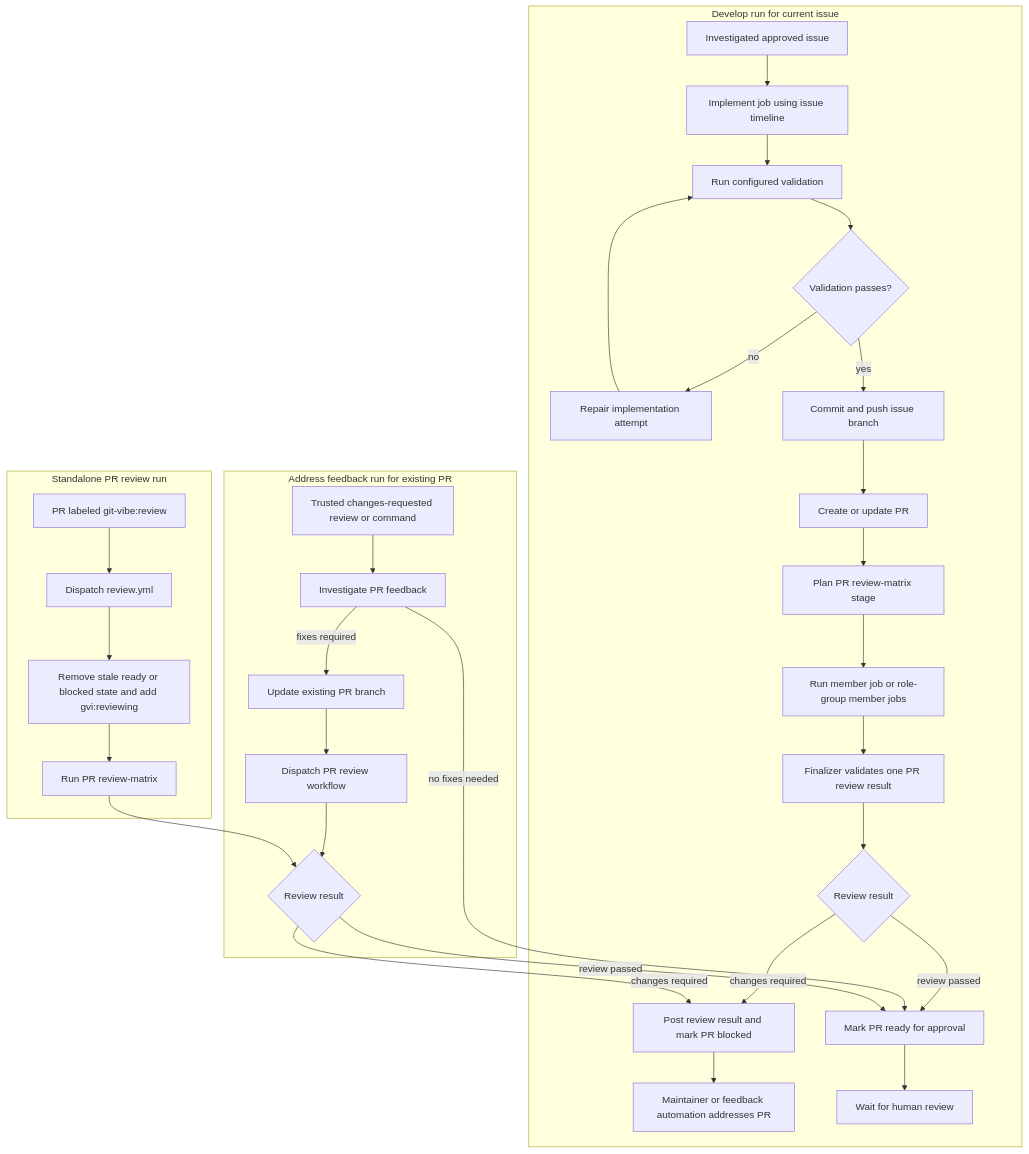
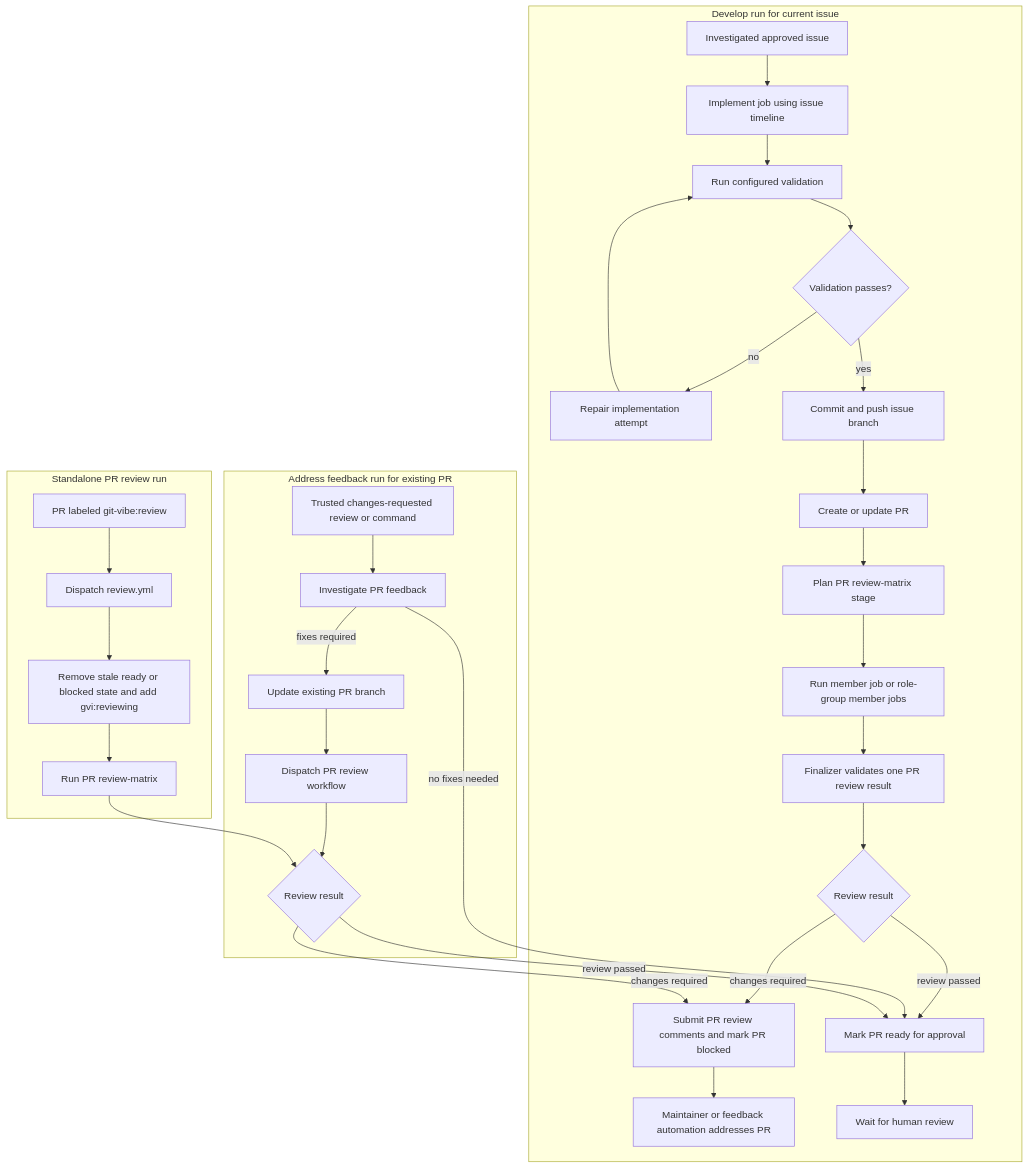
The third of 7 diagrams in docs/WORKFLOW.md (markhuangai/git-vibe), drawn with Mermaid before and after one commit. The commit also changed other lines of this file and 10 other files, not shown here.

````diff
--- a/docs/WORKFLOW.md
+++ b/docs/WORKFLOW.md
@@ -208,37 +208,37 @@
 ```mermaid
 flowchart TD
   subgraph ParentRun[Develop run for current issue]
     A[Investigated approved issue] --> E[Implement job using issue timeline]
     E --> F[Run configured validation]
     F --> G{Validation passes?}
     G -->|no| H[Repair implementation attempt]
     H --> F
     G -->|yes| I[Commit and push issue branch]
     I --> R[Create or update PR]
     R --> J[Plan PR review-matrix stage]
     J --> K[Run member job or role-group member jobs]
     K --> L[Finalizer validates one PR review result]
     L --> M{Review result}
-    M -->|changes required| N[Post review result and mark PR blocked]
+    M -->|changes required| N[Submit PR review comments and mark PR blocked]
     M -->|review passed| S[Mark PR ready for approval]
     N --> T[Maintainer or feedback automation addresses PR]
     S --> U[Wait for human review]
   end
 
   subgraph FeedbackRun[Address feedback run for existing PR]
     P[Trusted changes-requested review or command] --> Q[Investigate PR feedback]
     Q -->|fixes required| AA[Update existing PR branch]
     AA --> AB[Dispatch PR review workflow]
     Q -->|no fixes needed| S
     AB --> Z
   end
 
   subgraph ManualReview[Standalone PR review run]
     V[PR labeled git-vibe:review] --> W[Dispatch review.yml]
     W --> X[Remove stale ready or blocked state and add gvi:reviewing]
     X --> Y[Run PR review-matrix]
     Y --> Z{Review result}
     Z -->|changes required| N
     Z -->|review passed| S
   end
 ```
````
